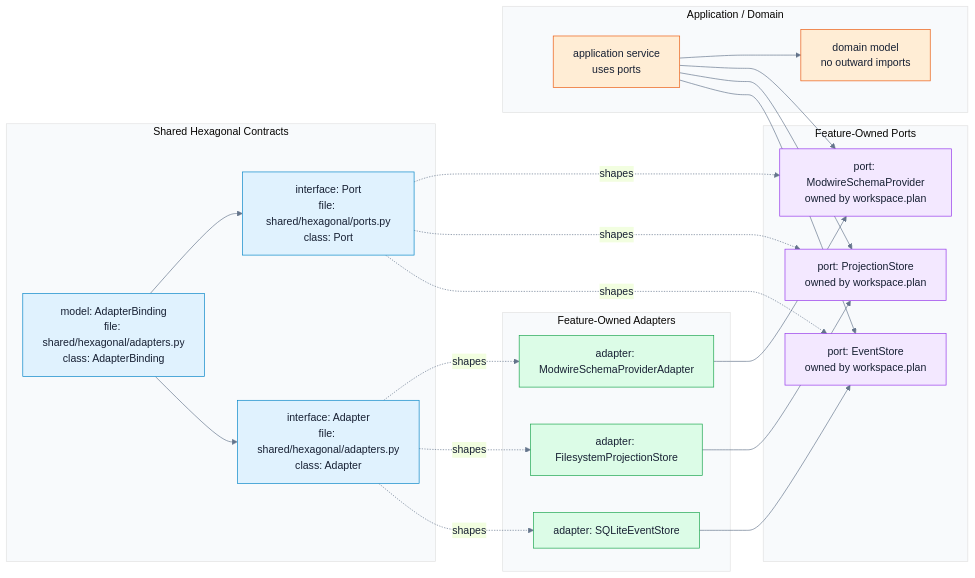
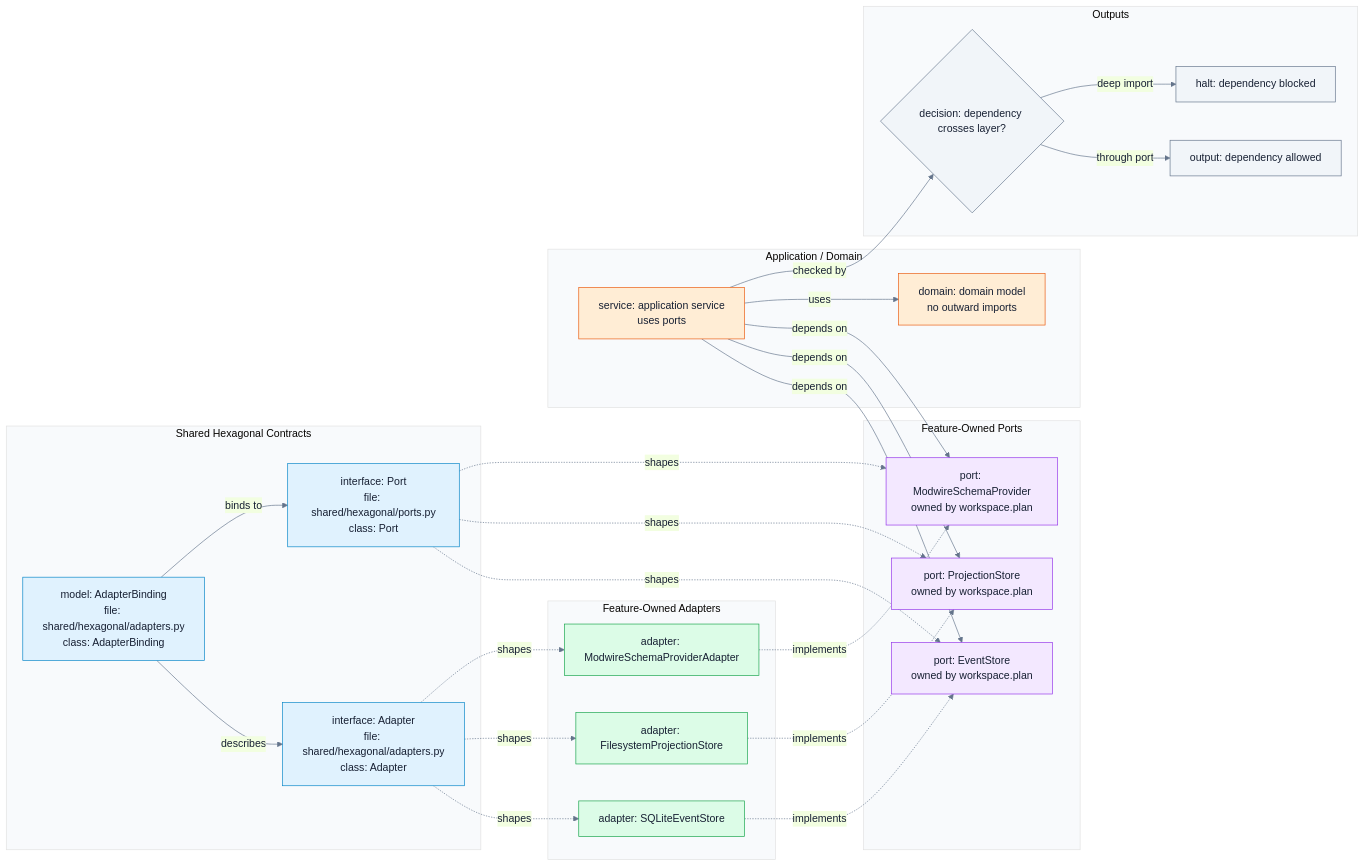
The first of 3 diagrams in .enclosure/plans/planning-workflow/epics/hexagonal-foundation/SCHEMAS.md (9orky/enclosure), drawn with Mermaid before and after one commit. The commit also changed other lines of this file and 30 other files, not shown here.

````diff
--- a/.enclosure/plans/planning-workflow/epics/hexagonal-foundation/SCHEMAS.md
+++ b/.enclosure/plans/planning-workflow/epics/hexagonal-foundation/SCHEMAS.md
@@ -13,52 +13,63 @@
 ```mermaid
 %% contract: flow
 %%{init: {"theme": "base", "themeVariables": {"primaryColor": "#e0f2fe", "primaryTextColor": "#172033", "primaryBorderColor": "#0284c7", "lineColor": "#64748b", "tertiaryColor": "#f8fafc"}}}%%
 flowchart LR
     subgraph foundation["Shared Hexagonal Contracts"]
       port_shape["interface: Port\nfile: shared/hexagonal/ports.py\nclass: Port"]
       adapter_shape["interface: Adapter\nfile: shared/hexagonal/adapters.py\nclass: Adapter"]
       adapter_binding["model: AdapterBinding\nfile: shared/hexagonal/adapters.py\nclass: AdapterBinding"]
     end
 
     subgraph feature_ports["Feature-Owned Ports"]
       event_store["port: EventStore\nowned by workspace.plan"]
       projection_store["port: ProjectionStore\nowned by workspace.plan"]
       schema_provider["port: ModwireSchemaProvider\nowned by workspace.plan"]
     end
 
     subgraph feature_adapters["Feature-Owned Adapters"]
       sqlite_store["adapter: SQLiteEventStore"]
       filesystem_projection["adapter: FilesystemProjectionStore"]
       modwire_provider["adapter: ModwireSchemaProviderAdapter"]
     end
 
     subgraph app_domain["Application / Domain"]
-      app_service["application service\nuses ports"]
-      domain_model["domain model\nno outward imports"]
+      app_service["service: application service\nuses ports"]
+      domain_model["domain: domain model\nno outward imports"]
+    end
+
+    subgraph outputs["Outputs"]
+      dependency_rule{"decision: dependency crosses layer?"}
+      allowed["output: dependency allowed"]
+      blocked["halt: dependency blocked"]
     end
 
     port_shape -. shapes .-> event_store
     port_shape -. shapes .-> projection_store
     port_shape -. shapes .-> schema_provider
     adapter_shape -. shapes .-> sqlite_store
     adapter_shape -. shapes .-> filesystem_projection
     adapter_shape -. shapes .-> modwire_provider
-    adapter_binding --> adapter_shape
-    adapter_binding --> port_shape
-    app_service --> event_store
-    app_service --> projection_store
-    app_service --> schema_provider
-    sqlite_store --> event_store
-    filesystem_projection --> projection_store
-    modwire_provider --> schema_provider
-    app_service --> domain_model
+    adapter_binding -->|describes| adapter_shape
+    adapter_binding -->|binds to| port_shape
+    app_service -->|depends on| event_store
+    app_service -->|depends on| projection_store
+    app_service -->|depends on| schema_provider
+    sqlite_store -. implements .-> event_store
+    filesystem_projection -. implements .-> projection_store
+    modwire_provider -. implements .-> schema_provider
+    app_service -->|uses| domain_model
+    app_service -->|checked by| dependency_rule
+    dependency_rule -->|through port| allowed
+    dependency_rule -->|deep import| blocked
 
     classDef shared fill:#e0f2fe,stroke:#0284c7,color:#172033;
     classDef port fill:#f3e8ff,stroke:#9333ea,color:#172033;
     classDef adapter fill:#dcfce7,stroke:#16a34a,color:#172033;
     classDef core fill:#ffedd5,stroke:#ea580c,color:#172033;
+    classDef output fill:#f1f5f9,stroke:#64748b,color:#172033;
     class port_shape,adapter_shape,adapter_binding shared;
     class event_store,projection_store,schema_provider port;
     class sqlite_store,filesystem_projection,modwire_provider adapter;
     class app_service,domain_model core;
+    class dependency_rule,allowed,blocked output;
 ```
````
